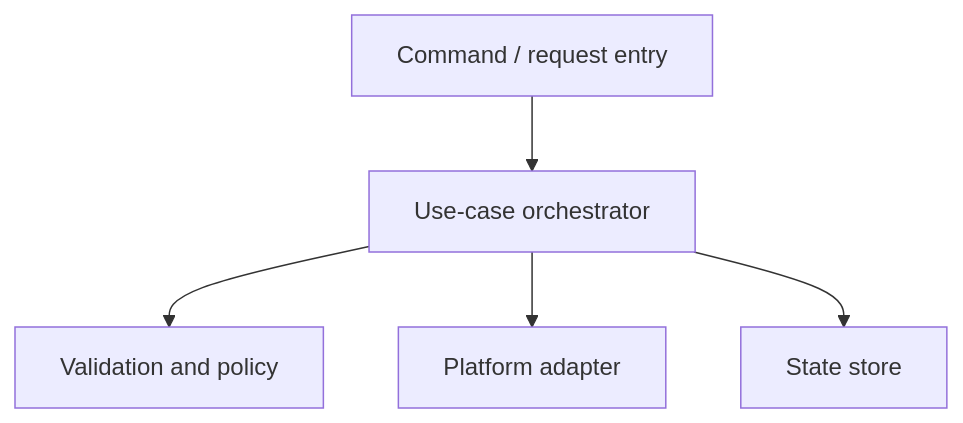
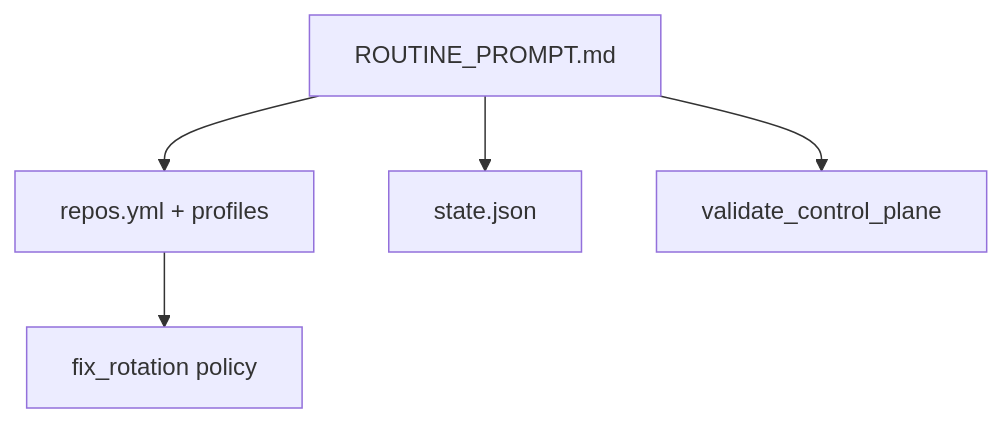
One commit to sky2464/DreamToosa changed the third of 3 diagrams in Docs/Master-Architecture.md. Above: the diagram before and after it, drawn with Mermaid. The commit also changed other lines of this file and 16 other files, not shown here.

````diff
--- a/Docs/Master-Architecture.md
+++ b/Docs/Master-Architecture.md
@@ -62,13 +66,13 @@
 ```mermaid
 flowchart TB
-  Entry[Command / request entry]
-  Orchestrator[Use-case orchestrator]
-  Policy[Validation and policy]
-  Adapter[Platform adapter]
-  Store[State store]
+  Manifest[repos.yml + profiles]
+  State[state.json]
+  Prompt[ROUTINE_PROMPT.md]
+  Val[validate_control_plane]
+  Rot[fix_rotation policy]
 
-  Entry --> Orchestrator
-  Orchestrator --> Policy
-  Orchestrator --> Adapter
-  Orchestrator --> Store
+  Prompt --> Manifest
+  Prompt --> State
+  Prompt --> Val
+  Manifest --> Rot
 ```
````
